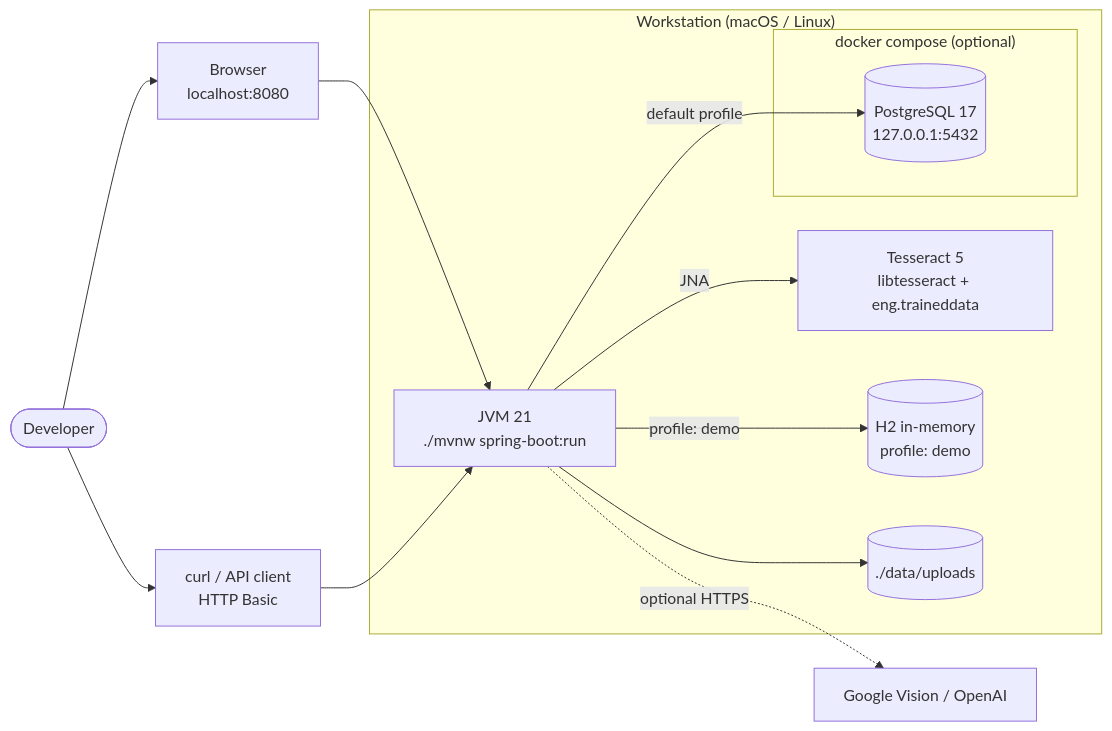
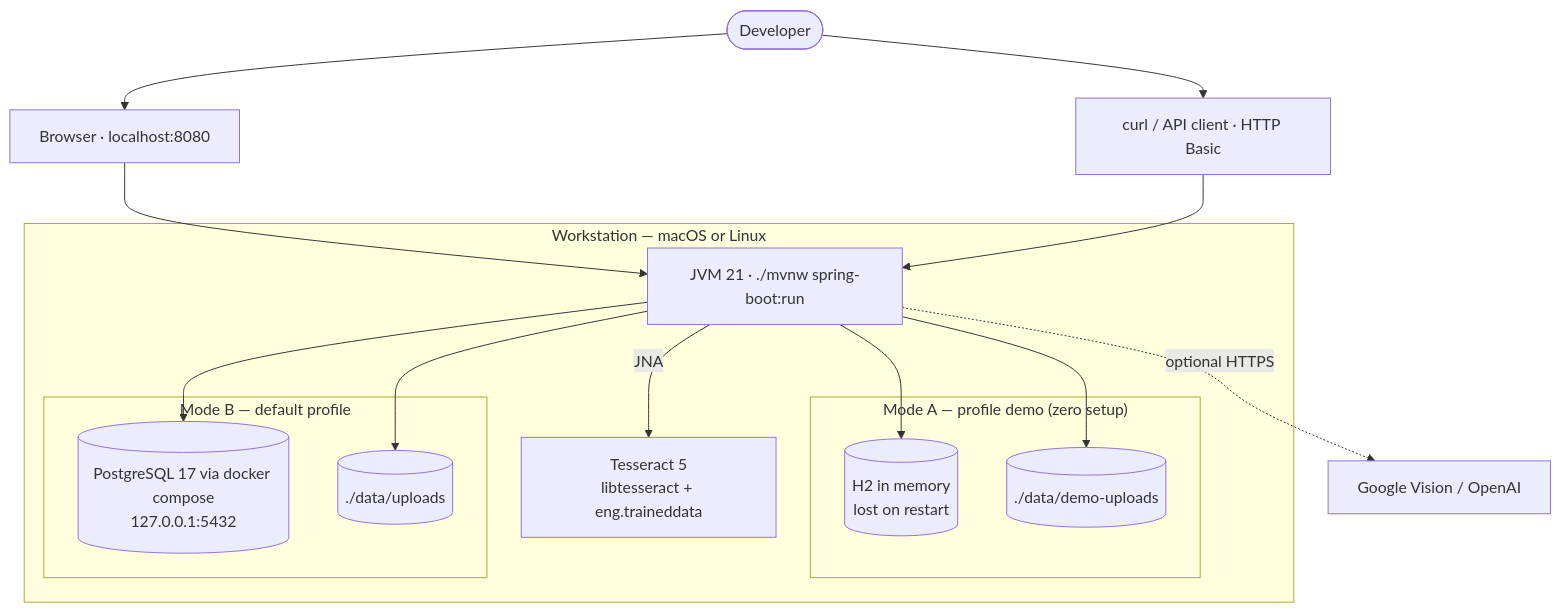
One commit to SarvariVin/ttb-label-verification changed the first of 6 diagrams in docs/infrastructure.md. Above: the diagram before and after it, drawn with Mermaid. The commit also changed other lines of this file and 251 other files, not shown here.

````diff
--- a/docs/infrastructure.md
+++ b/docs/infrastructure.md
@@ -21,21 +32,25 @@
 ```mermaid
-flowchart LR
-    dev(["Developer"]) --> browser["Browser<br/>localhost:8080"]
-    dev --> cli["curl / API client<br/>HTTP Basic"]
-    subgraph ws["Workstation (macOS / Linux)"]
-        jvm["JVM 21<br/>./mvnw spring-boot:run"]
+flowchart TB
+    dev(["Developer"]) --> browser["Browser · localhost:8080"]
+    dev --> cli["curl / API client · HTTP Basic"]
+
+    subgraph ws["Workstation — macOS or Linux"]
+        jvm["JVM 21 · ./mvnw spring-boot:run"]
         tess["Tesseract 5<br/>libtesseract + eng.traineddata"]
-        h2[("H2 in-memory<br/>profile: demo")]
-        fs[("./data/uploads")]
-        subgraph compose["docker compose (optional)"]
-            pg[("PostgreSQL 17<br/>127.0.0.1:5432")]
+        jvm -- "JNA" --> tess
+
+        subgraph demo["Mode A — profile demo (zero setup)"]
+            h2[("H2 in memory<br/>lost on restart")]
+            fs1[("./data/demo-uploads")]
+        end
+        subgraph std["Mode B — default profile"]
+            pg[("PostgreSQL 17 via docker compose<br/>127.0.0.1:5432")]
+            fs2[("./data/uploads")]
         end
     end
-    browser --> jvm
-    cli --> jvm
-    jvm -- JNA --> tess
-    jvm -- "profile: demo" --> h2
-    jvm -- "default profile" --> pg
-    jvm --> fs
+
+    browser & cli --> jvm
+    jvm --> h2 & fs1
+    jvm --> pg & fs2
     jvm -. "optional HTTPS" .-> ext["Google Vision / OpenAI"]
 ```
````
